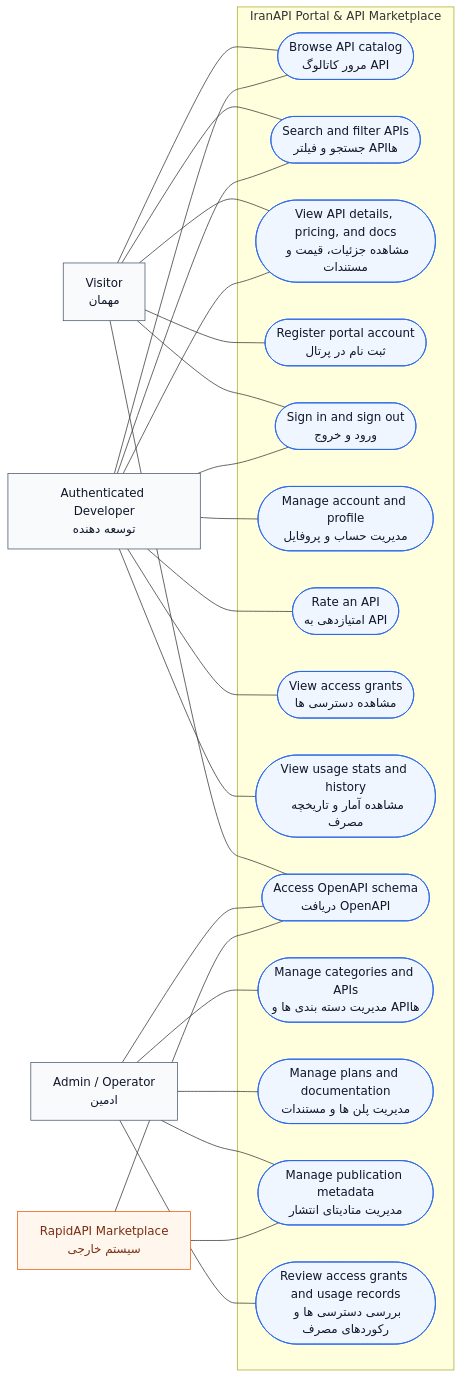
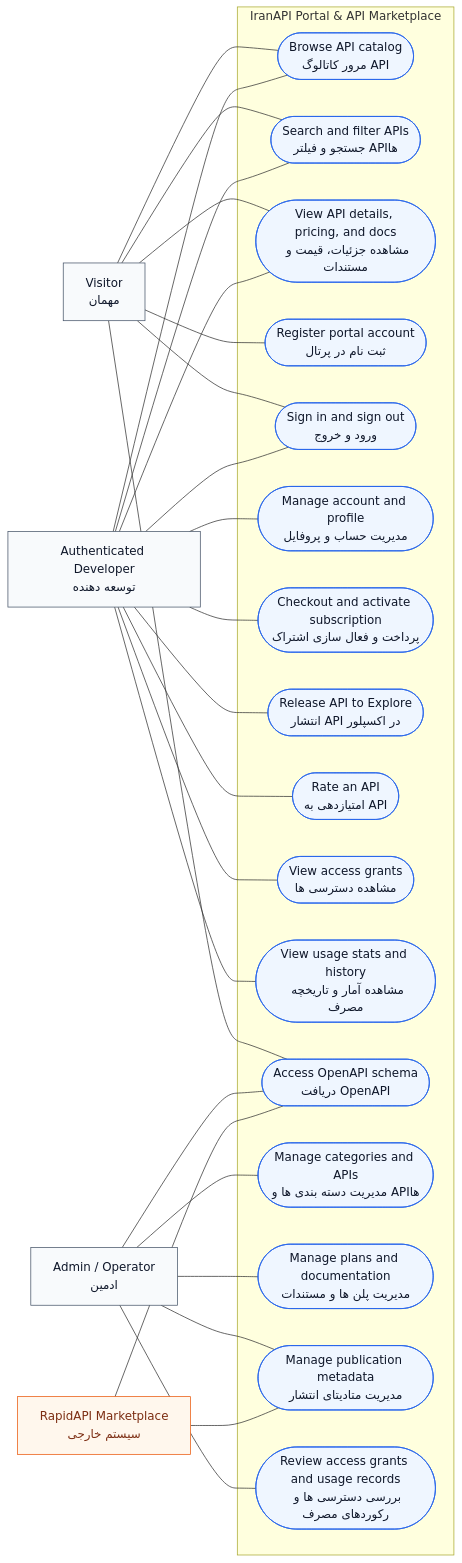
One commit to codeeefactory/IranAPI-main changed the diagram in docs/use-case-diagram.md. Above: the diagram before and after it, drawn with Mermaid. The commit also changed other lines of this file and 2 other files, not shown here.

First line of the commit message:
docs: update subscription API notes

````diff
--- a/docs/use-case-diagram.md
+++ b/docs/use-case-diagram.md
@@ -15,53 +14,57 @@
 ```mermaid
 flowchart LR
   classDef actor fill:#f8fafc,stroke:#475569,stroke-width:1px,color:#0f172a;
   classDef usecase fill:#eff6ff,stroke:#2563eb,stroke-width:1px,color:#0f172a;
   classDef external fill:#fff7ed,stroke:#ea580c,stroke-width:1px,color:#7c2d12;
 
   visitor["Visitor<br/>مهمان"]:::actor
   developer["Authenticated Developer<br/>توسعه دهنده"]:::actor
   admin["Admin / Operator<br/>ادمین"]:::actor
   rapidapi["RapidAPI Marketplace<br/>سیستم خارجی"]:::external
 
   subgraph IranAPI["IranAPI Portal & API Marketplace"]
     uc_catalog(["Browse API catalog<br/>مرور کاتالوگ API"]):::usecase
     uc_search(["Search and filter APIs<br/>جستجو و فیلتر APIها"]):::usecase
     uc_view(["View API details, pricing, and docs<br/>مشاهده جزئیات، قیمت و مستندات"]):::usecase
     uc_register(["Register portal account<br/>ثبت نام در پرتال"]):::usecase
     uc_auth(["Sign in and sign out<br/>ورود و خروج"]):::usecase
     uc_profile(["Manage account and profile<br/>مدیریت حساب و پروفایل"]):::usecase
+    uc_subscribe(["Checkout and activate subscription<br/>پرداخت و فعال سازی اشتراک"]):::usecase
+    uc_publish(["Release API to Explore<br/>انتشار API در اکسپلور"]):::usecase
     uc_rate(["Rate an API<br/>امتیازدهی به API"]):::usecase
     uc_access(["View access grants<br/>مشاهده دسترسی ها"]):::usecase
     uc_usage(["View usage stats and history<br/>مشاهده آمار و تاریخچه مصرف"]):::usecase
     uc_schema(["Access OpenAPI schema<br/>دریافت OpenAPI"]):::usecase
     uc_catalog_admin(["Manage categories and APIs<br/>مدیریت دسته بندی ها و APIها"]):::usecase
     uc_content_admin(["Manage plans and documentation<br/>مدیریت پلن ها و مستندات"]):::usecase
     uc_publish_admin(["Manage publication metadata<br/>مدیریت متادیتای انتشار"]):::usecase
     uc_access_admin(["Review access grants and usage records<br/>بررسی دسترسی ها و رکوردهای مصرف"]):::usecase
   end
 
   visitor --- uc_catalog
   visitor --- uc_search
   visitor --- uc_view
   visitor --- uc_register
   visitor --- uc_auth
   visitor --- uc_schema
 
   developer --- uc_catalog
   developer --- uc_search
   developer --- uc_view
   developer --- uc_auth
   developer --- uc_profile
+  developer --- uc_subscribe
+  developer --- uc_publish
   developer --- uc_rate
   developer --- uc_access
   developer --- uc_usage
 
   admin --- uc_schema
   admin --- uc_catalog_admin
   admin --- uc_content_admin
   admin --- uc_publish_admin
   admin --- uc_access_admin
 
   rapidapi --- uc_schema
   rapidapi --- uc_publish_admin
 ```
````
